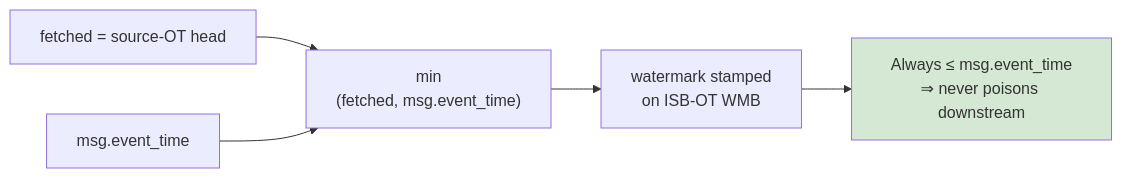
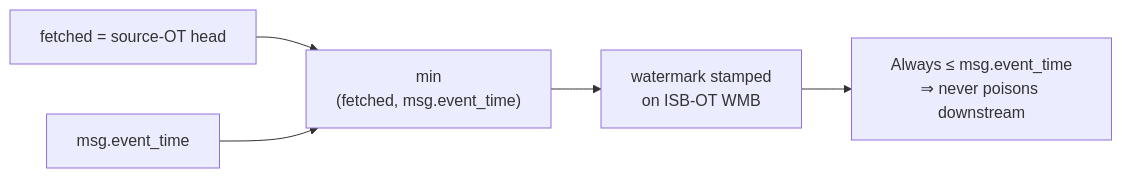
The sixth of 6 diagrams in reduce-bug-explanation.md (numaproj/numaflow), drawn with Mermaid before and after one commit. The commit also changed other lines of this file, not shown here.

Commit message:
explanation mermaid fix

````diff
--- a/reduce-bug-explanation.md
+++ b/reduce-bug-explanation.md
@@ -450,9 +446,7 @@
 ```mermaid
 flowchart LR
     A["fetched = source-OT head"] --> M["min<br/>(fetched, msg.event_time)"]
     B["msg.event_time"] --> M
     M --> C["watermark stamped<br/>on ISB-OT WMB"]
     C --> D["Always ≤ msg.event_time<br/>⇒ never poisons downstream"]
-
-    style D fill:#d5e8d4
 ```
````
